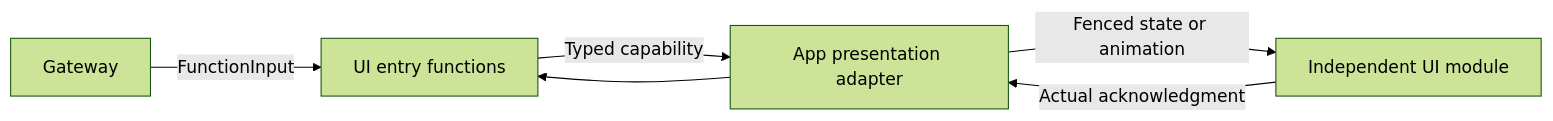
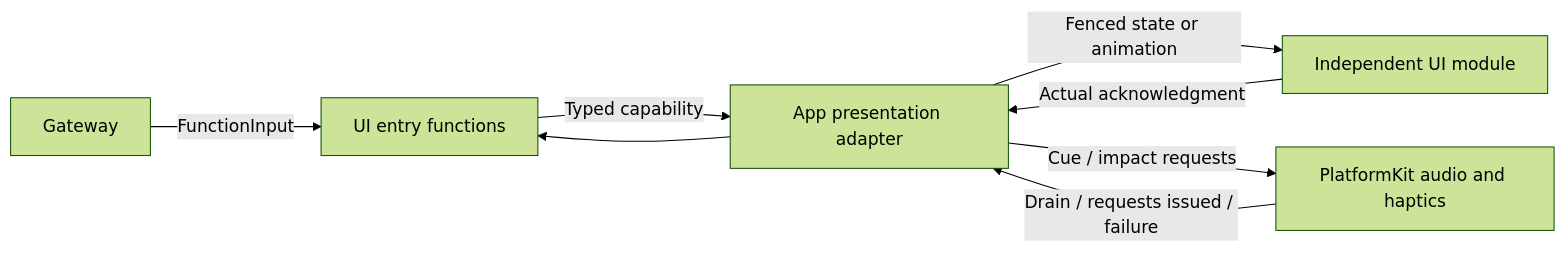
The diagram in MobileHarness/Actions/UI/README.md (devilyouwei/MobileHarness), drawn with Mermaid (forest theme) before and after one commit. The commit also changed other lines of this file and 456 other files, not shown here.

````diff
--- a/MobileHarness/Actions/UI/README.md
+++ b/MobileHarness/Actions/UI/README.md
@@ -15,8 +15,10 @@
 ```mermaid
 flowchart LR
  Gateway -->|FunctionInput| Functions[UI entry functions]
  Functions -->|Typed capability| App[App presentation adapter]
  App -->|Fenced state or animation| UI[Independent UI module]
  UI -->|Actual acknowledgment| App
+ App -->|Cue / impact requests| Native[PlatformKit audio and haptics]
+ Native -->|Drain / requests issued / failure| App
  App --> Functions
 ```
````
